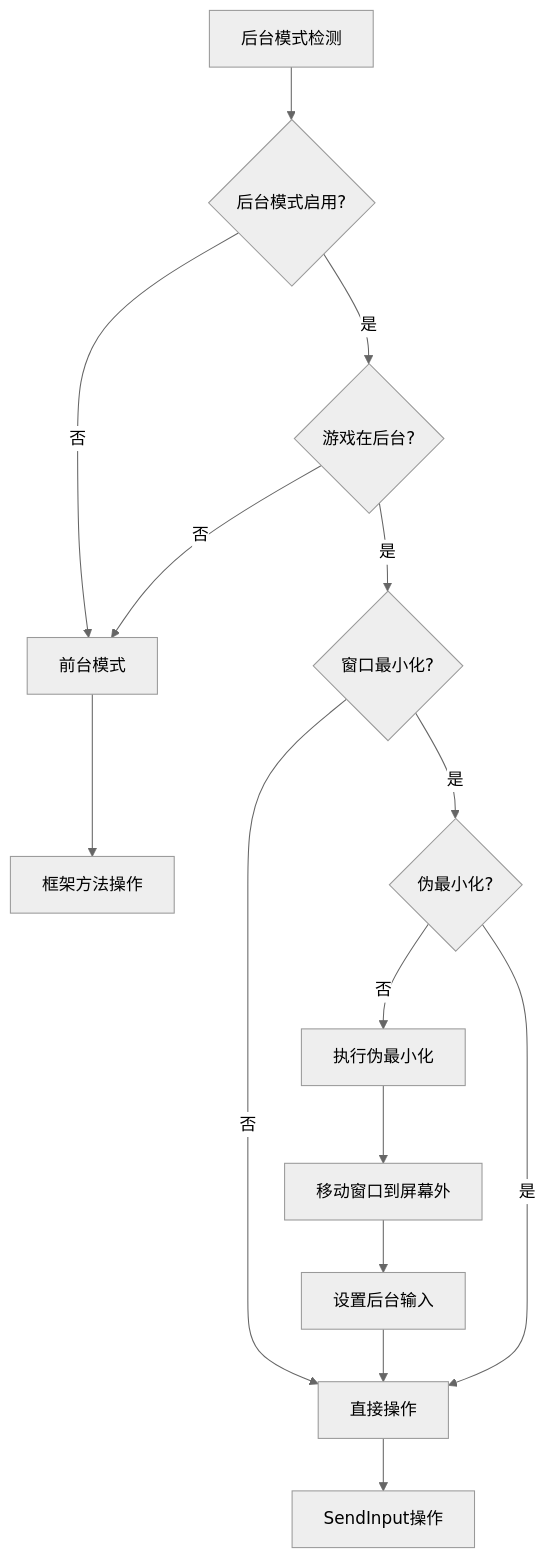
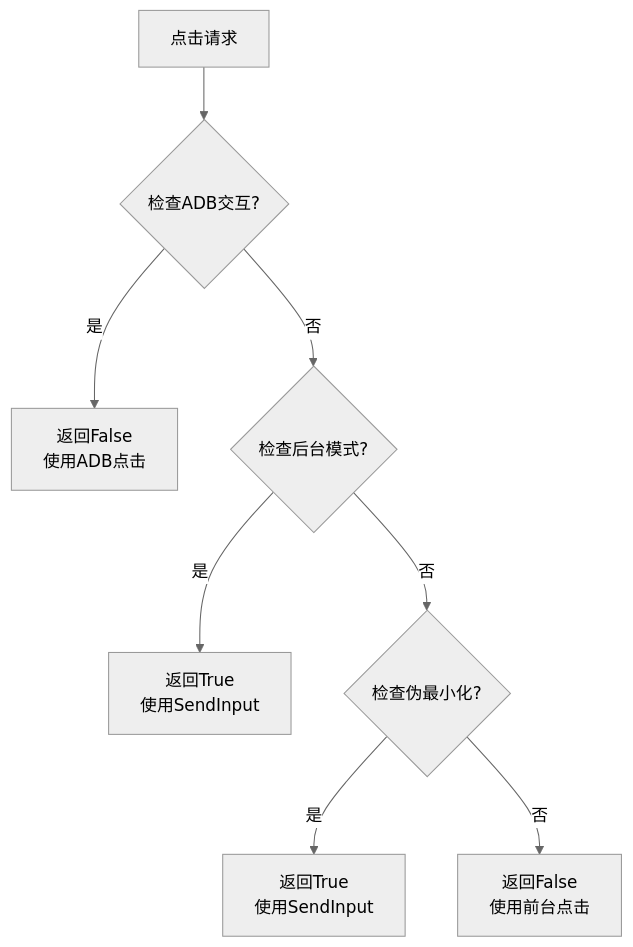
One commit to xsy098-max/ok-jump changed the fourth of 6 diagrams in .qoder/repowiki/zh/content/任务系统/任务基类设计.md. Above: the diagram before and after it, drawn with Mermaid (neutral theme). The commit also changed other lines of this file and 216 other files, not shown here.

````diff
--- a/.qoder/repowiki/zh/content/任务系统/任务基类设计.md
+++ b/.qoder/repowiki/zh/content/任务系统/任务基类设计.md
@@ -364,17 +234,10 @@
 ```mermaid
 flowchart TD
-A[后台模式检测] --> B{后台模式启用?}
-B --> |否| C[前台模式]
-B --> |是| D{游戏在后台?}
-D --> |否| C
-D --> |是| E{窗口最小化?}
-E --> |否| F[直接操作]
-E --> |是| G{伪最小化?}
-G --> |否| H[执行伪最小化]
-G --> |是| F
-H --> I[移动窗口到屏幕外]
-I --> J[设置后台输入]
-J --> F
-F --> K[SendInput操作]
-C --> L[框架方法操作]
+A[点击请求] --> B{检查ADB交互?}
+B --> |是| C[返回False<br/>使用ADB点击]
+B --> |否| D{检查后台模式?}
+D --> |是| E[返回True<br/>使用SendInput]
+D --> |否| F{检查伪最小化?}
+F --> |是| G[返回True<br/>使用SendInput]
+F --> |否| H[返回False<br/>使用前台点击]
 ```
````
